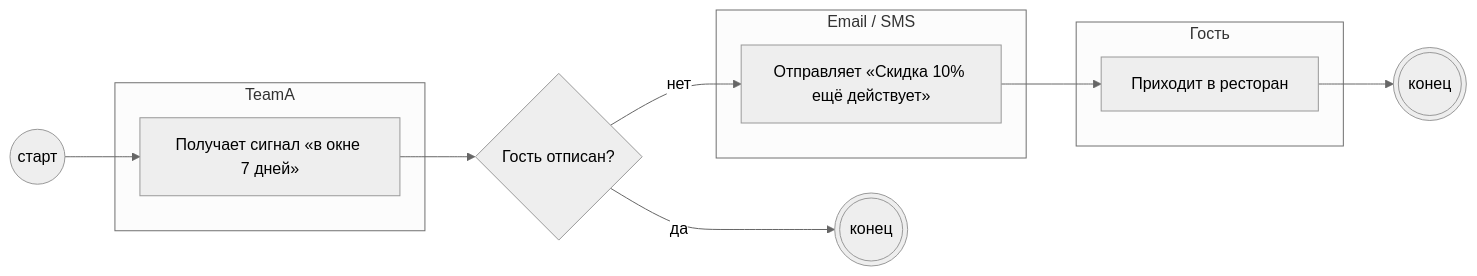
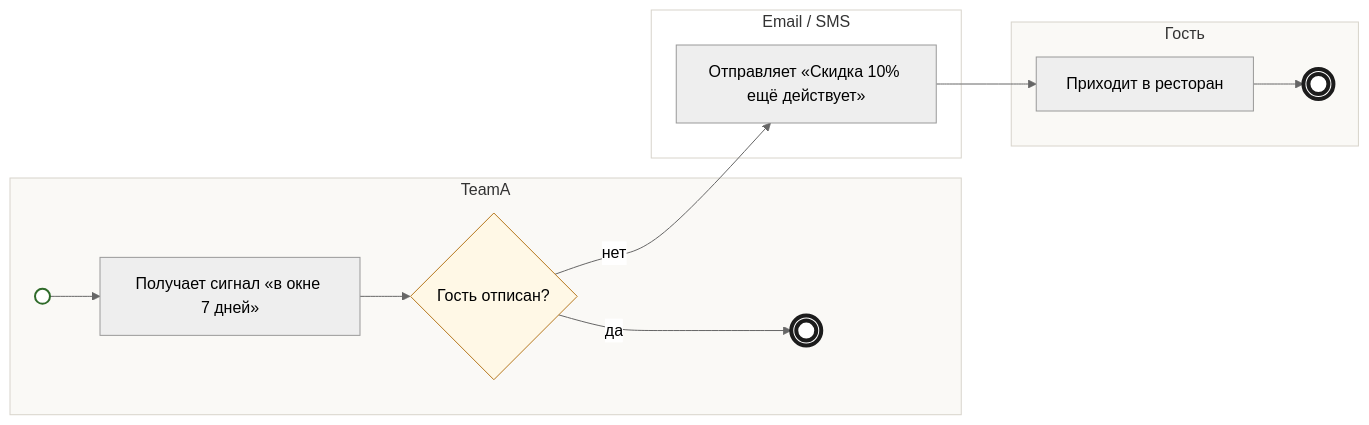
Before and after one commit to po-helper-org/poh-blueprint-writer: the diagram in skills/bft-blueprint/examples/dineclub-restart-blueprint/backlog/tasks/bp-13.1 - Напоминание-в-окне-7-дней-письмо-или-SMS.md, drawn with Mermaid (neutral theme). The commit also changed 79 other files, not shown here.

First line of the commit message:
Карточка «Как это работает»: компактная заметка, схема mermaid, «Уточнить», источники

````diff
--- a/skills/bft-blueprint/examples/dineclub-restart-blueprint/backlog/tasks/bp-13.1 - Напоминание-в-окне-7-дней-письмо-или-SMS.md
+++ b/skills/bft-blueprint/examples/dineclub-restart-blueprint/backlog/tasks/bp-13.1 - Напоминание-в-окне-7-дней-письмо-или-SMS.md
@@ -43,22 +43,32 @@
 ```mermaid
 flowchart LR
-  S(("старт"))
   subgraph L1["TeamA"]
+    S((" "))
     N1["Получает сигнал «в окне 7 дней»"]
+    G2{"Гость отписан?"}
+    E1(((" ")))
   end
   subgraph L2["Email / SMS"]
     N3["Отправляет «Скидка 10% ещё действует»"]
   end
   subgraph L3["Гость"]
     N4["Приходит в ресторан"]
+    E(((" ")))
   end
-  G2{"Гость отписан?"}
-  E1((("конец")))
-  E((("конец")))
   S --> N1
   N1 --> G2
   G2 -- нет --> N3
   G2 -- да --> E1
   N3 --> N4
   N4 --> E
+  classDef start fill:#fff,stroke:#2f6b2a,stroke-width:2px
+  classDef stop fill:#fff,stroke:#1c1c1c,stroke-width:4px
+  classDef gw fill:#fff8e6,stroke:#b7791f
+  classDef ask color:#c0392b,stroke:#c0392b
+  class S start
+  class E,E1 stop
+  class G2 gw
+  style L1 fill:#faf9f6,stroke:#d8d4cb
+  style L2 fill:#ffffff,stroke:#d8d4cb
+  style L3 fill:#faf9f6,stroke:#d8d4cb
 ```
````
